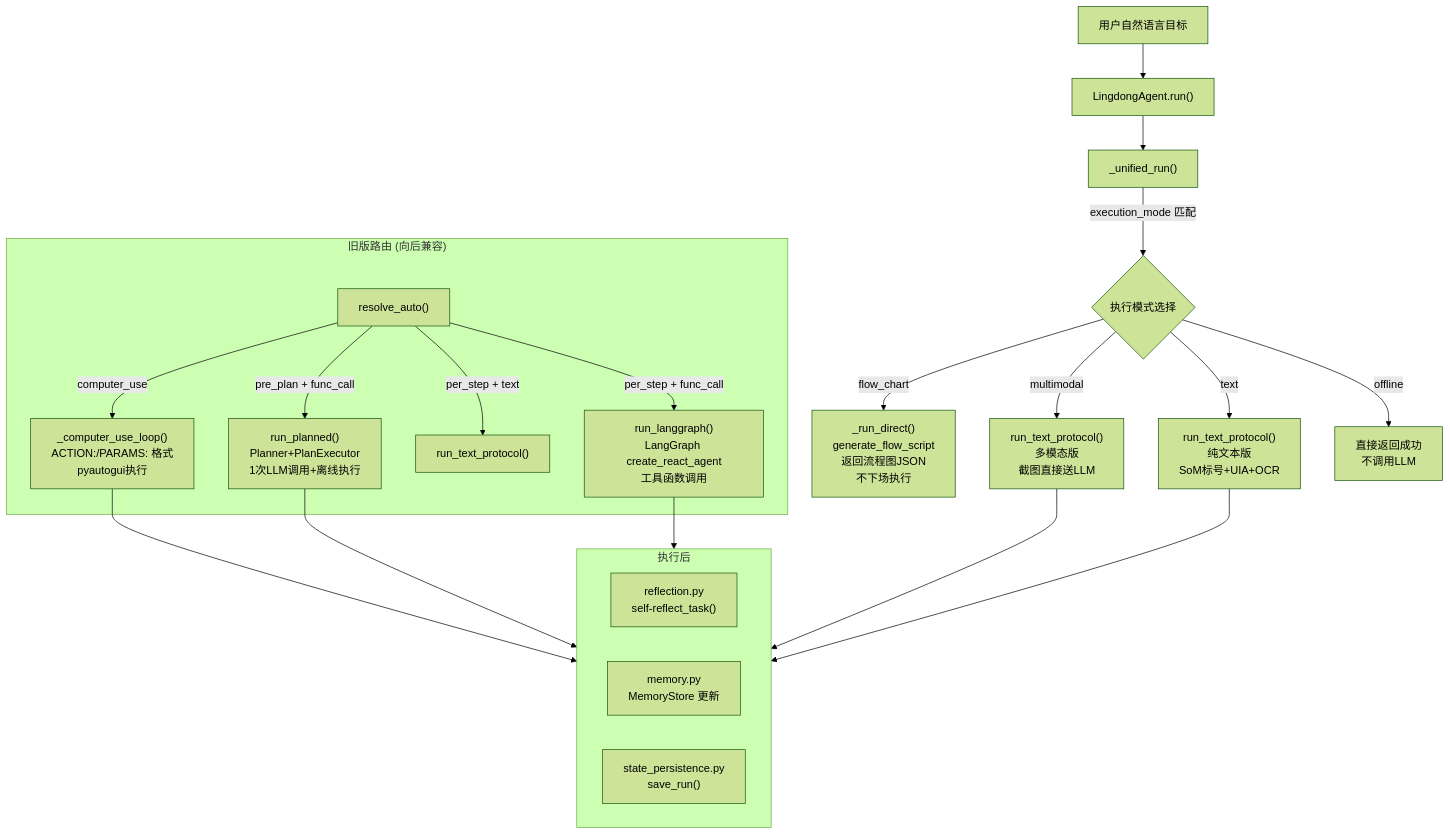
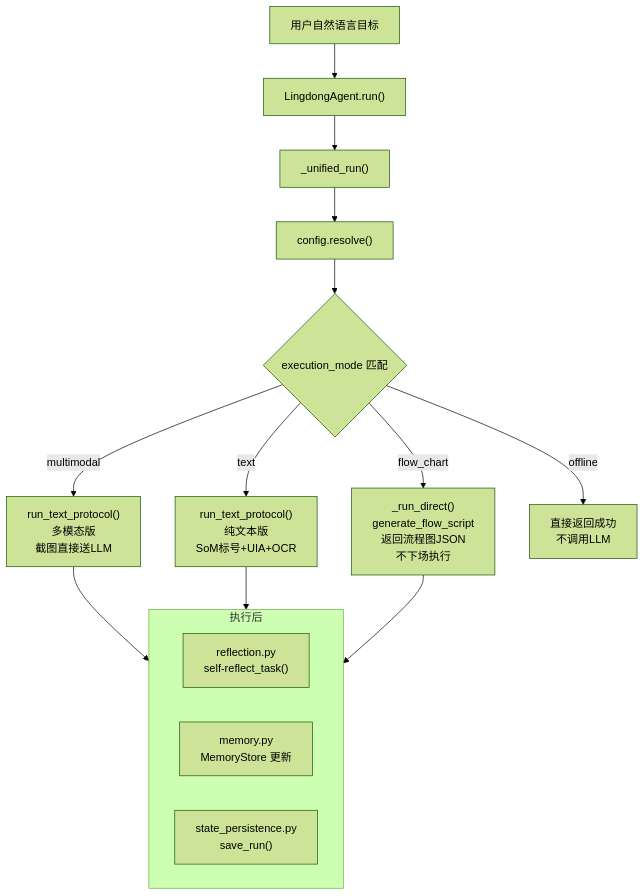
One commit to zoujiapeng/lingdong-script changed the first of 5 diagrams in docs/agent-runtime.md. Above: the diagram before and after it, drawn with Mermaid (forest theme). The commit also changed other lines of this file and 32 other files, not shown here.

Commit message:
refactor: agent 模块拆分与重构 — text_protocol 独立模块/UIA 策略/测试

````diff
--- a/docs/agent-runtime.md
+++ b/docs/agent-runtime.md
@@ -10,31 +10,22 @@
 ```mermaid
 graph TB
     User["用户自然语言目标"] --> Run["LingdongAgent.run()"]
     Run --> Unified["_unified_run()"]
-    
-    Unified --> |execution_mode 匹配| Router{执行模式选择}
+    Unified --> Resolved["config.resolve()"]
+    Resolved --> Router{"execution_mode 匹配"}
     
     Router --> |flow_chart| Direct["_run_direct()<br/>generate_flow_script<br/>返回流程图JSON<br/>不下场执行"]
     Router --> |multimodal| TextProto["run_text_protocol()<br/>多模态版<br/>截图直接送LLM"]
     Router --> |text| TextProto2["run_text_protocol()<br/>纯文本版<br/>SoM标号+UIA+OCR"]
     Router --> |offline| Offline["直接返回成功<br/>不调用LLM"]
-
-    subgraph Legacy["旧版路由 (向后兼容)"]
-        LegacyR["resolve_auto()"] --> |computer_use| CompUse["_computer_use_loop()<br/>ACTION:/PARAMS: 格式<br/>pyautogui执行"]
-        LegacyR --> |pre_plan + func_call| Planned["run_planned()<br/>Planner+PlanExecutor<br/>1次LLM调用+离线执行"]
-        LegacyR --> |per_step + text| TextProto3["run_text_protocol()"]
-        LegacyR --> |per_step + func_call| LangGraph["run_langgraph()<br/>LangGraph create_react_agent<br/>工具函数调用"]
-    end
 
     subgraph PostExec["执行后"]
         Reflection["reflection.py<br/>self-reflect_task()"]
         Memory["memory.py<br/>MemoryStore 更新"]
         Persistence["state_persistence.py<br/>save_run()"]
     end
 
     TextProto --> PostExec
     TextProto2 --> PostExec
-    CompUse --> PostExec
-    Planned --> PostExec
-    LangGraph --> PostExec
+    Direct --> PostExec
 ```
````
